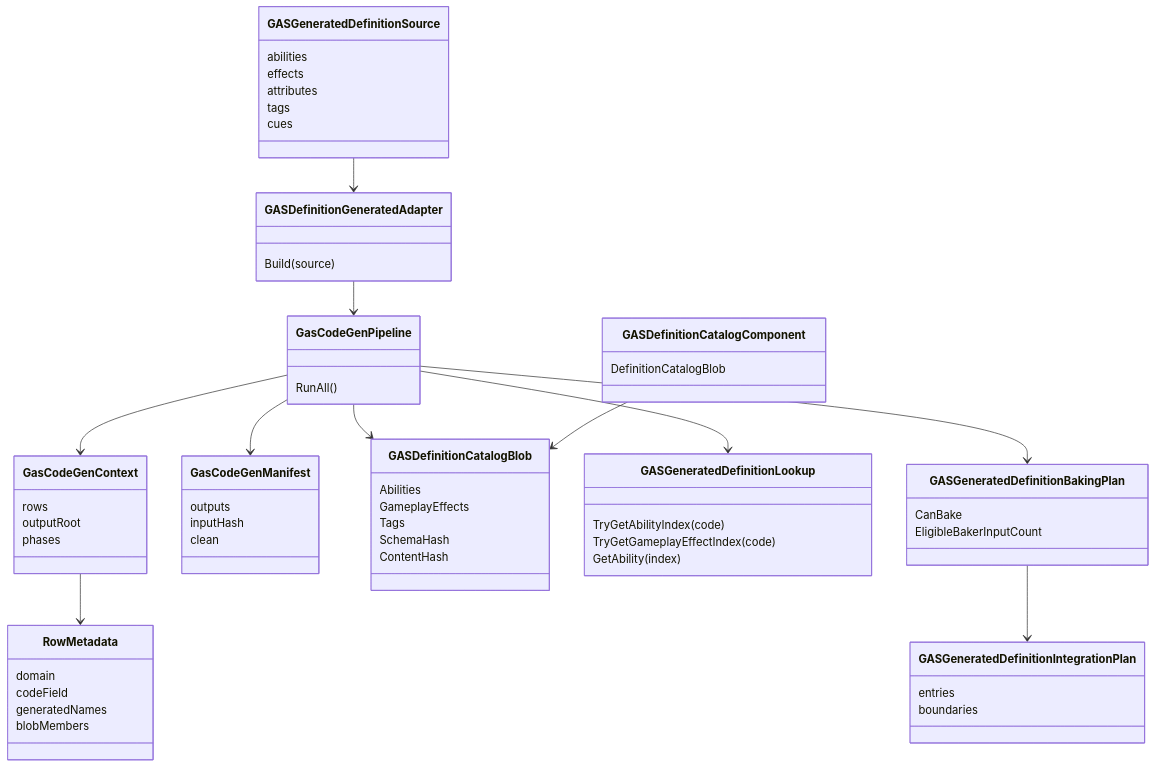
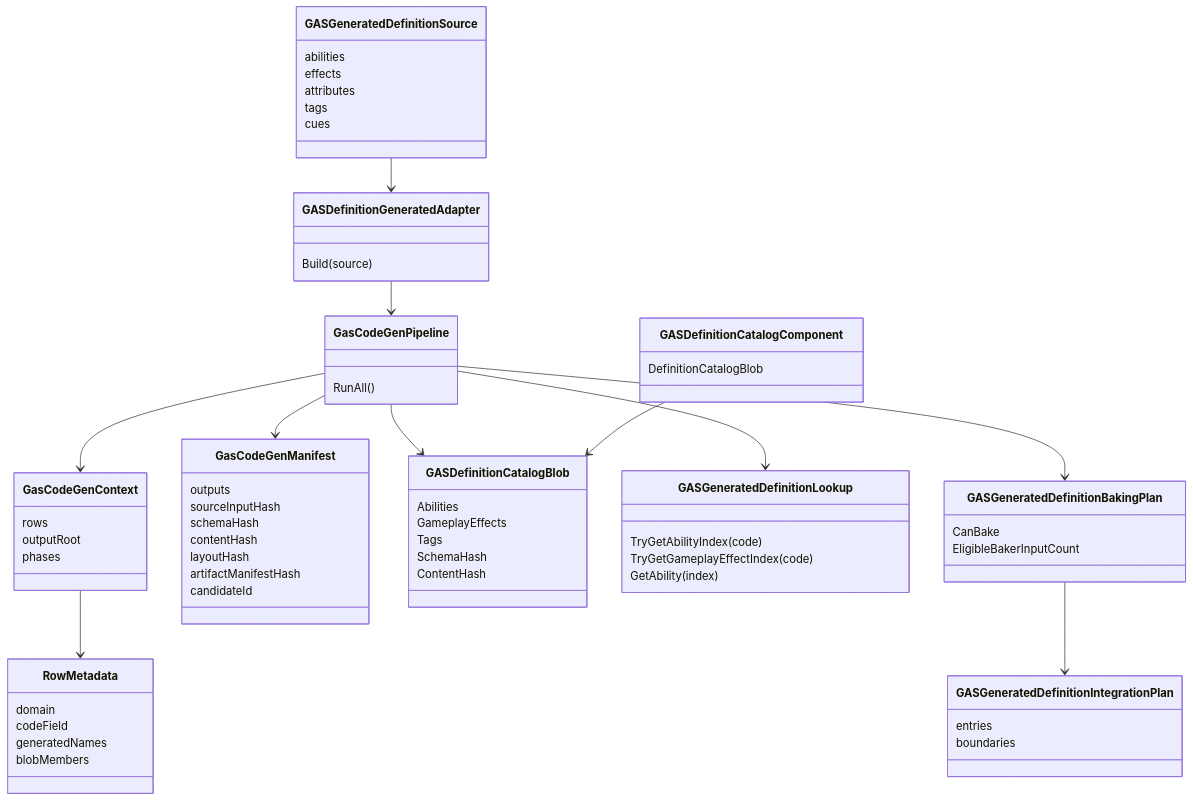
One commit to Bo-ki/gameplay-ability-system-for-unity changed the second of 3 diagrams in 方案讨论/针对2.0的ECS架构的迭代方案讨论/01-目标态架构共识/08-Luban-SourceGenerator配置生成链路Spec.md. Above: the diagram before and after it, drawn with Mermaid. The commit also changed other lines of this file and 10 other files, not shown here.

````diff
--- a/方案讨论/针对2.0的ECS架构的迭代方案讨论/01-目标态架构共识/08-Luban-SourceGenerator配置生成链路Spec.md
+++ b/方案讨论/针对2.0的ECS架构的迭代方案讨论/01-目标态架构共识/08-Luban-SourceGenerator配置生成链路Spec.md
@@ -47,66 +51,70 @@
 ```mermaid
 classDiagram
     class GASGeneratedDefinitionSource {
         abilities
         effects
         attributes
         tags
         cues
     }
     class GASDefinitionGeneratedAdapter {
         Build(source)
     }
     class GasCodeGenPipeline {
         RunAll()
     }
     class GasCodeGenContext {
         rows
         outputRoot
         phases
     }
     class RowMetadata {
         domain
         codeField
         generatedNames
         blobMembers
     }
     class GasCodeGenManifest {
         outputs
-        inputHash
-        clean
+        sourceInputHash
+        schemaHash
+        contentHash
+        layoutHash
+        artifactManifestHash
+        candidateId
     }
     class GASDefinitionCatalogBlob {
         Abilities
         GameplayEffects
         Tags
         SchemaHash
         ContentHash
     }
     class GASDefinitionCatalogComponent {
         DefinitionCatalogBlob
     }
     class GASGeneratedDefinitionLookup {
         TryGetAbilityIndex(code)
         TryGetGameplayEffectIndex(code)
         GetAbility(index)
     }
     class GASGeneratedDefinitionBakingPlan {
         CanBake
         EligibleBakerInputCount
     }
     class GASGeneratedDefinitionIntegrationPlan {
         entries
         boundaries
     }
 
     GASGeneratedDefinitionSource --> GASDefinitionGeneratedAdapter
     GASDefinitionGeneratedAdapter --> GasCodeGenPipeline
     GasCodeGenPipeline --> GasCodeGenContext
     GasCodeGenContext --> RowMetadata
     GasCodeGenPipeline --> GasCodeGenManifest
     GasCodeGenPipeline --> GASDefinitionCatalogBlob
     GasCodeGenPipeline --> GASGeneratedDefinitionLookup
     GASDefinitionCatalogComponent --> GASDefinitionCatalogBlob
     GasCodeGenPipeline --> GASGeneratedDefinitionBakingPlan
     GASGeneratedDefinitionBakingPlan --> GASGeneratedDefinitionIntegrationPlan
 ```
````
